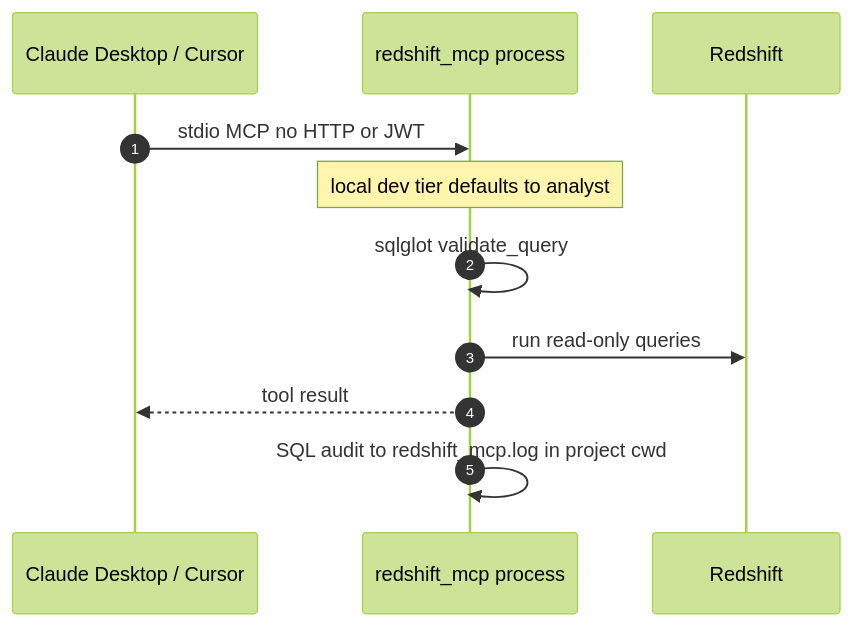
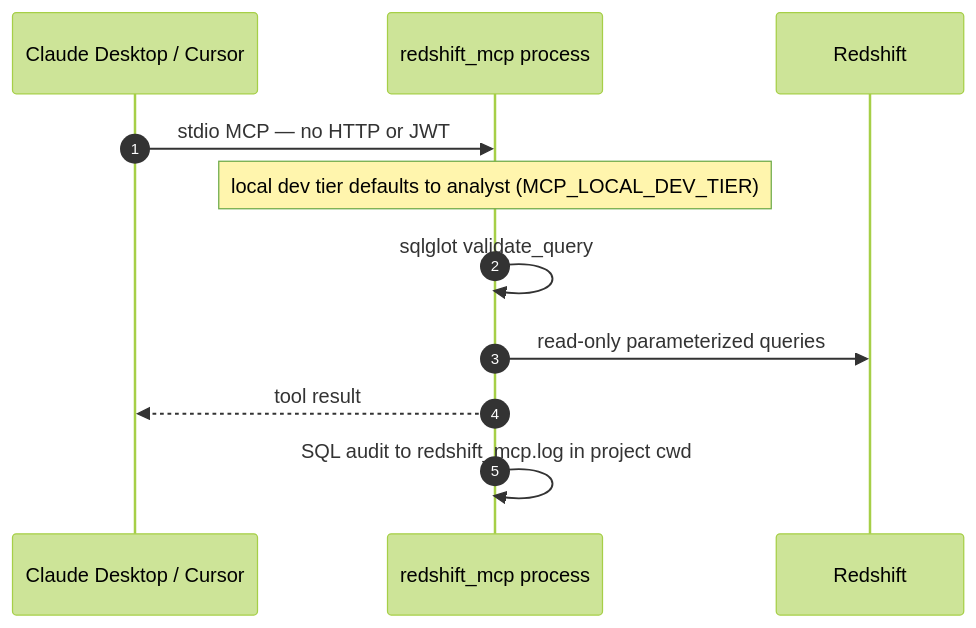
One commit to varunvilva-kickdrum/redshift-mcp changed the third of 3 diagrams in docs/ARCHITECTURE.md. Above: the diagram before and after it, drawn with Mermaid (forest theme). The commit also changed other lines of this file and 4 other files, not shown here.

Commit message:
Update documentation for Redshift MCP architecture and deployment; enhance README with implementation notes, add demo script, and improve architecture diagrams for clarity.

````diff
--- a/docs/ARCHITECTURE.md
+++ b/docs/ARCHITECTURE.md
@@ -90,14 +115,14 @@
 ```mermaid
 sequenceDiagram
   autonumber
   participant C as Claude Desktop / Cursor
   participant P as redshift_mcp process
   participant RS as Redshift
 
-  C->>P: stdio MCP no HTTP or JWT
-  Note over P: local dev tier defaults to analyst
+  C->>P: stdio MCP — no HTTP or JWT
+  Note over P: local dev tier defaults to analyst (MCP_LOCAL_DEV_TIER)
   P->>P: sqlglot validate_query
-  P->>RS: run read-only queries
+  P->>RS: read-only parameterized queries
   P-->>C: tool result
   P->>P: SQL audit to redshift_mcp.log in project cwd
 ```
````
